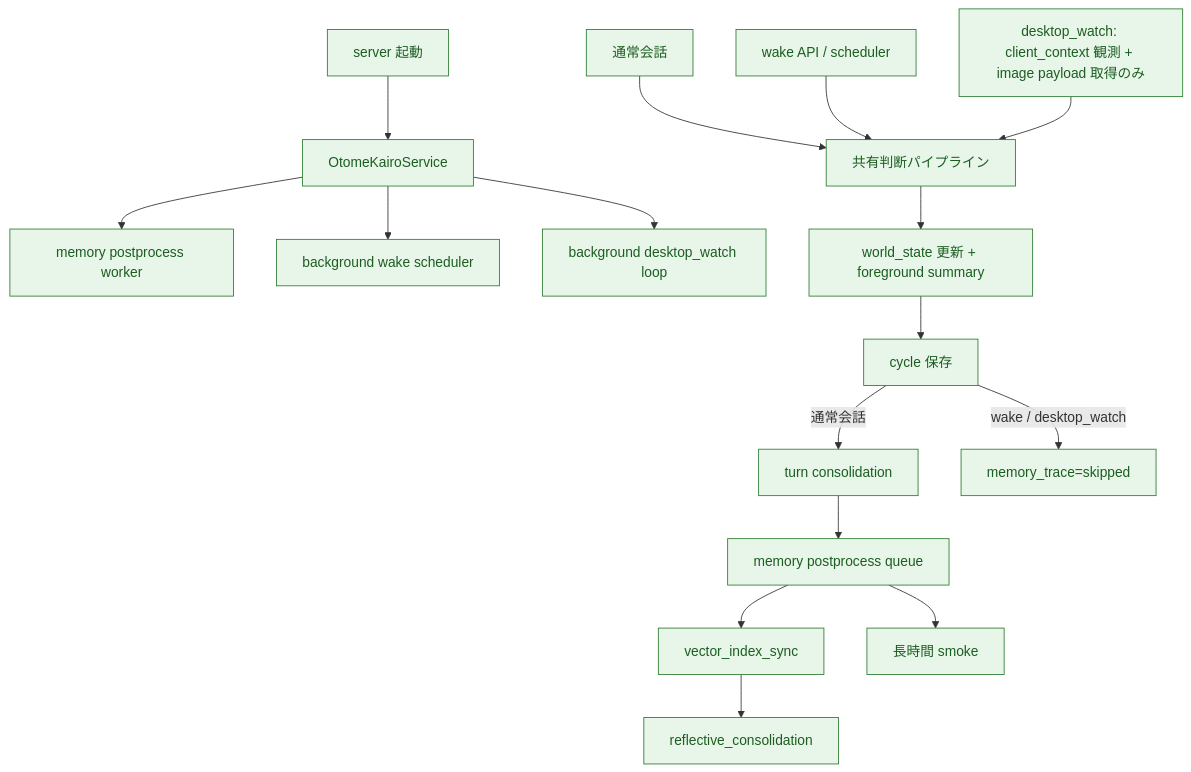
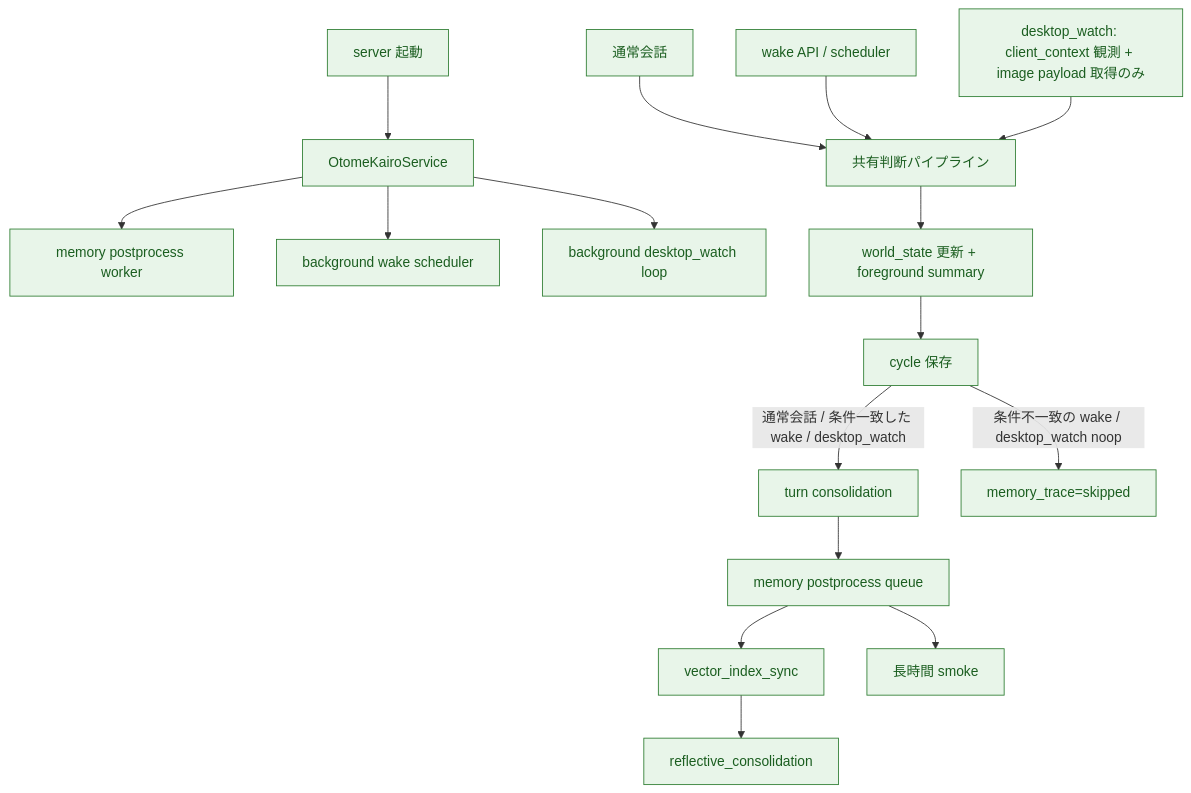
The third of 4 diagrams in docs/plan/02_現行処理フロー.md (hirona98/OtomeKairo), drawn with Mermaid before and after one commit. The commit also changed other lines of this file and 3 other files, not shown here.

````diff
--- a/docs/plan/02_現行処理フロー.md
+++ b/docs/plan/02_現行処理フロー.md
@@ -133,24 +133,24 @@
 ```mermaid
 flowchart TD
     Start["server 起動"] --> Service["OtomeKairoService"]
     Service --> Worker["memory postprocess worker"]
     Service --> WakeLoop["background wake scheduler"]
     Service --> WatchLoop["background desktop_watch loop"]
 
     User["通常会話"] --> Shared["共有判断パイプライン"]
     Wake["wake API / scheduler"] --> Shared
     WatchCtx["desktop_watch: client_context 観測 + image payload 取得のみ"] --> Shared
     Shared --> WorldStateNow["world_state 更新 + foreground summary"]
     WorldStateNow --> Persist["cycle 保存"]
-    Persist -->|通常会話| Turn["turn consolidation"]
-    Persist -->|wake / desktop_watch| Skip["memory_trace=skipped"]
+    Persist -->|通常会話 / 条件一致した wake / desktop_watch| Turn["turn consolidation"]
+    Persist -->|条件不一致の wake / desktop_watch noop| Skip["memory_trace=skipped"]
     Turn --> Queue["memory postprocess queue"]
     Queue --> Vec["vector_index_sync"]
     Vec --> Reflect["reflective_consolidation"]
     Queue --> Smoke["長時間 smoke"]
 
     classDef done fill:#e8f5e9,stroke:#2e7d32,color:#1b5e20;
 
     class Start,Service,Worker,WakeLoop,WatchLoop,User,Wake,WatchCtx,Shared,WorldStateNow,Persist,Turn,Skip,Queue,Vec,Reflect done;
     class Smoke done;
 ```
````
